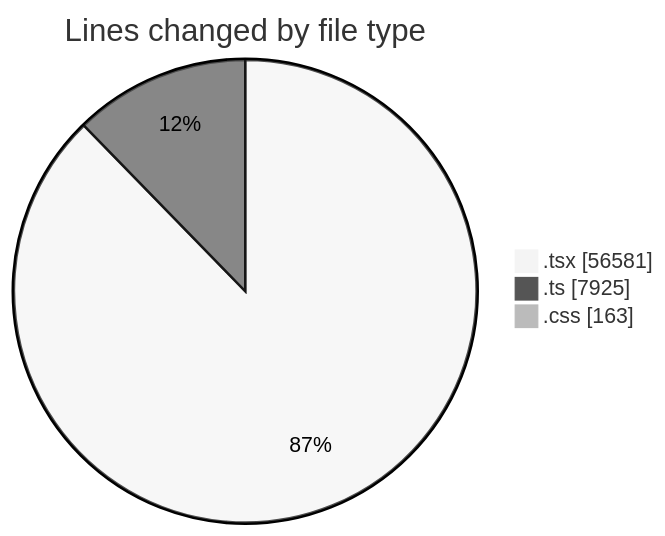
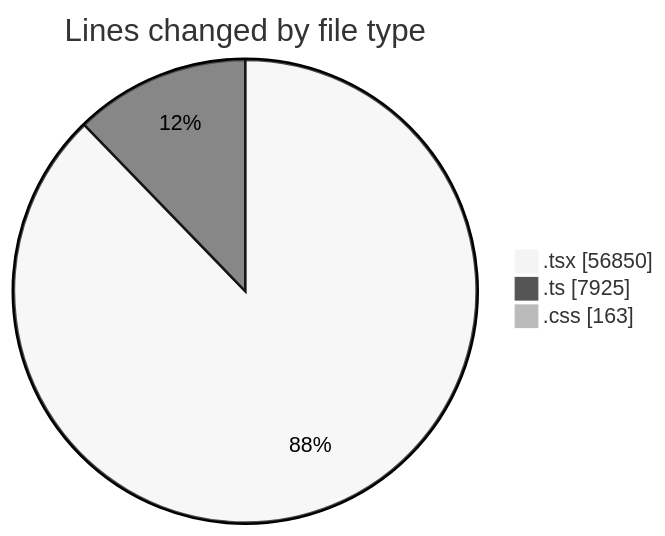
Before and after one commit to nxtqubesakshisongat/code-tracking: the first of 2 diagrams in 2026-08-23/nxtqube_webapp/README.md, drawn with Mermaid (neutral theme). The commit also changed other lines of this file and 1 other file, not shown here.

````diff
--- a/2026-08-23/nxtqube_webapp/README.md
+++ b/2026-08-23/nxtqube_webapp/README.md
@@ -122,7 +122,7 @@
 ```mermaid
 pie showData
 title Lines changed by file type
-".tsx" : 56581
+".tsx" : 56850
 ".ts" : 7925
 ".css" : 163
 ```
````
